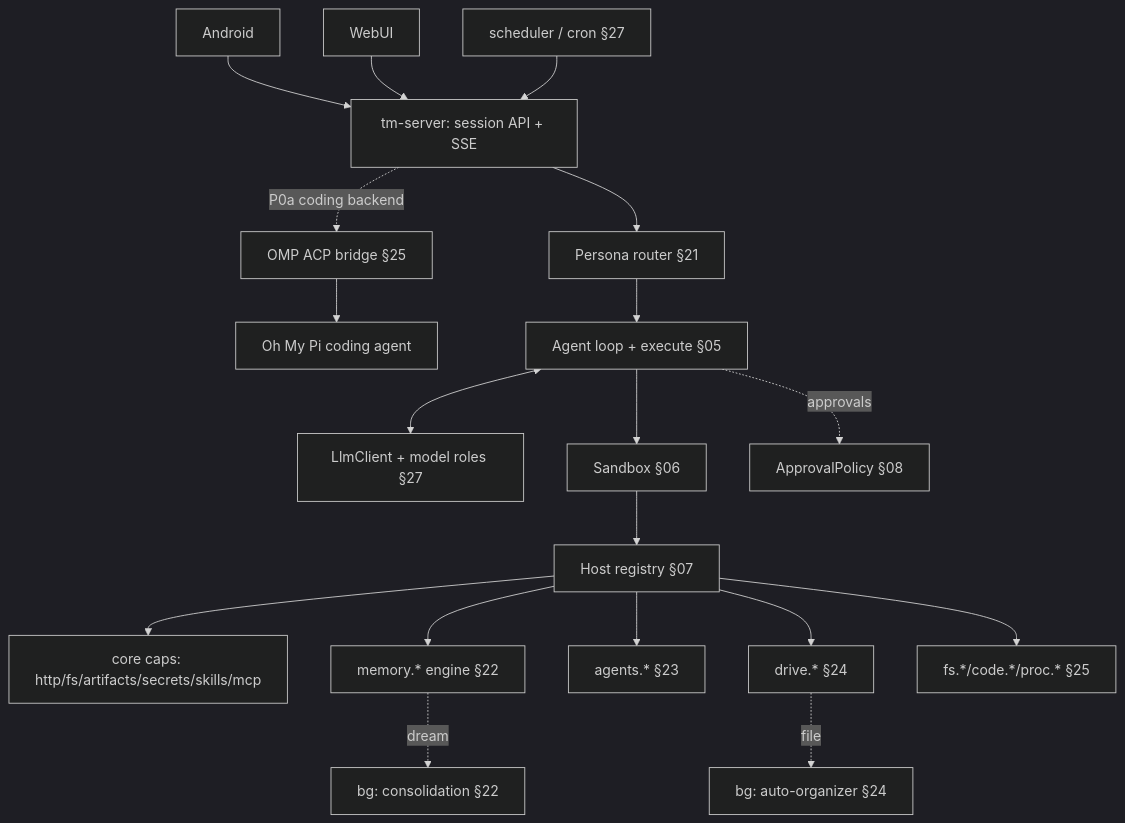
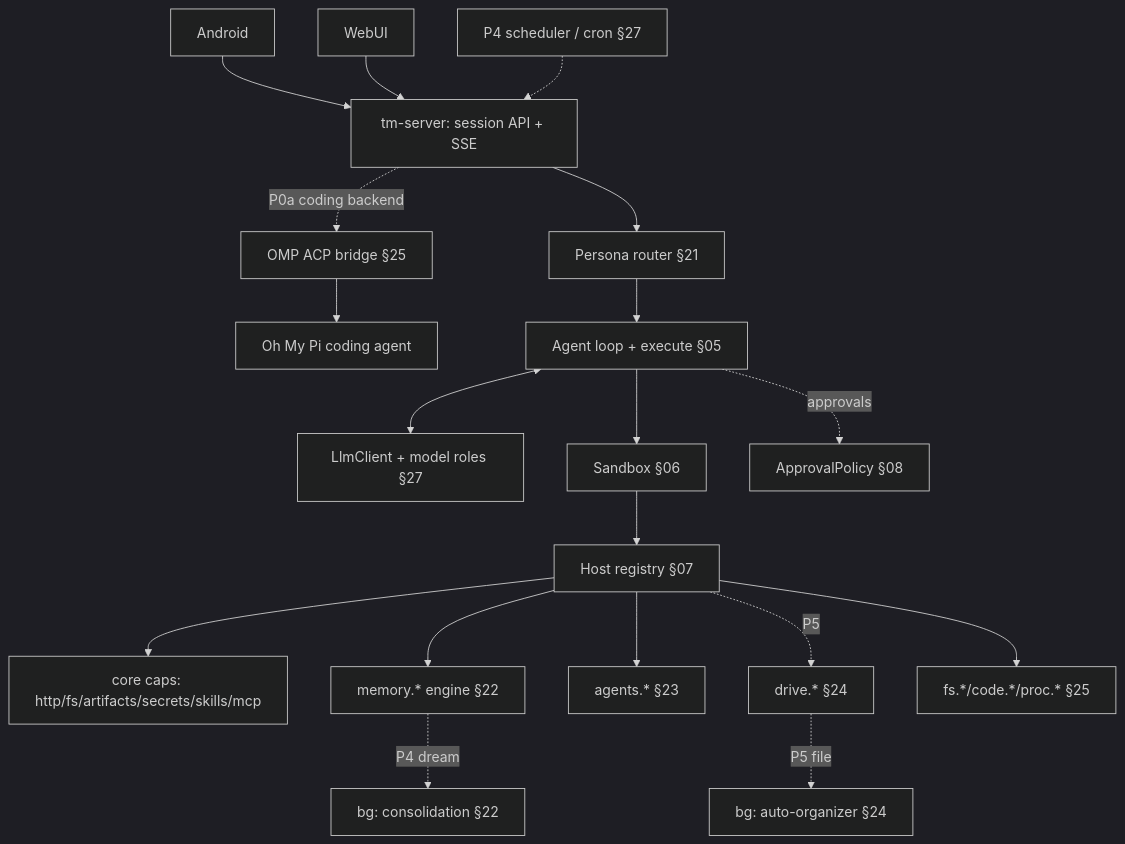
The diagram in docs/design/product/20-product-overview.md (mozufu/TempestMiku), drawn with Mermaid (dark theme) before and after one commit. The commit also changed other lines of this file and 12 other files, not shown here.

Commit message:
docs(docs/design): align specs with current roadmap

````diff
--- a/docs/design/product/20-product-overview.md
+++ b/docs/design/product/20-product-overview.md
@@ -53,21 +53,21 @@
 ```mermaid
 flowchart TD
     AND[Android] --> SRV
     WEB[WebUI] --> SRV
-    SCHED[scheduler / cron §27] --> SRV
+    SCHED[P4 scheduler / cron §27] -.-> SRV
     SRV[tm-server: session API + SSE] --> RT[Persona router §21]
     SRV -.P0a coding backend.-> OACP[OMP ACP bridge §25]
     OACP --> OMP[Oh My Pi coding agent]
     RT --> LOOP[Agent loop + execute §05]
     LOOP <--> LLM[LlmClient + model roles §27]
     LOOP --> SBX[Sandbox §06]
     SBX --> REG[Host registry §07]
     REG --> CORE[core caps: http/fs/artifacts/secrets/skills/mcp]
     REG --> MEM[memory.* engine §22]
     REG --> AGT[agents.* §23]
-    REG --> DRV[drive.* §24]
+    REG -.P5.-> DRV[drive.* §24]
     REG --> CODE[fs.*/code.*/proc.* §25]
     LOOP -.approvals.-> APV[ApprovalPolicy §08]
-    MEM -.dream.-> DREAM[bg: consolidation §22]
-    DRV -.file.-> ORG[bg: auto-organizer §24]
+    MEM -.P4 dream.-> DREAM[bg: consolidation §22]
+    DRV -.P5 file.-> ORG[bg: auto-organizer §24]
 ```
````
